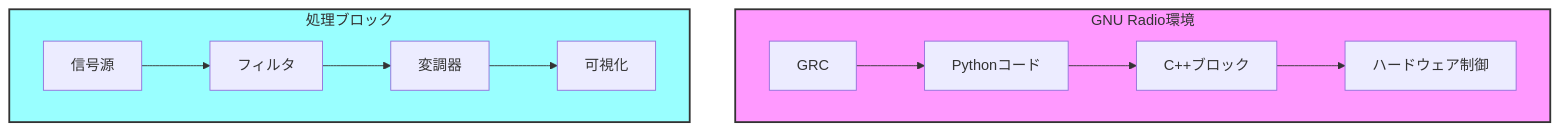
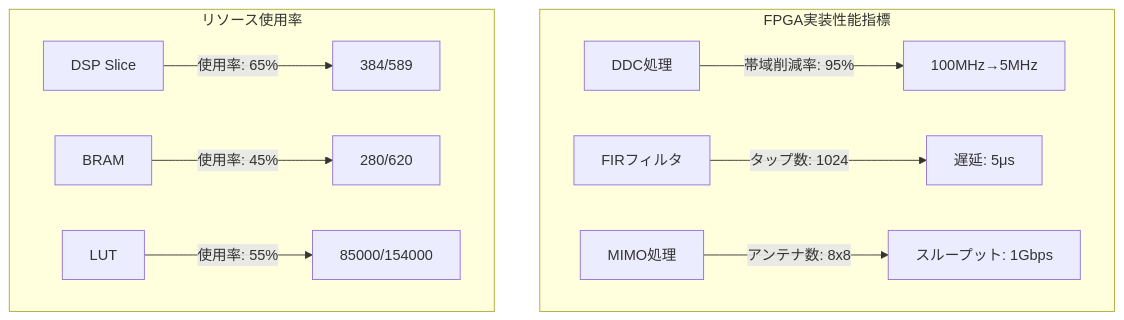
Diagram 17 of 22 in デジタル通信/readme.md (uecken/docs), drawn with Mermaid before and after one commit. The commit also changed other lines of this file, not shown here.

````diff
--- a/デジタル通信/readme.md
+++ b/デジタル通信/readme.md
@@ -664,17 +622,14 @@
 ```mermaid
 graph TD
-    subgraph GNU_Radio[GNU Radio環境]
-    A[GRC] --> B[Pythonコード]
-    B --> C[C++ブロック]
-    C --> D[ハードウェア制御]
+    subgraph FPGA実装性能指標
+    A[DDC処理] -->|帯域削減率: 95%| B[100MHz→5MHz]
+    C[FIRフィルタ] -->|タップ数: 1024| D[遅延: 5μs]
+    E[MIMO処理] -->|アンテナ数: 8x8| F[スループット: 1Gbps]
     end
     
-    subgraph Blocks[処理ブロック]
-    E[信号源] --> F[フィルタ]
-    F --> G[変調器]
-    G --> H[可視化]
+    subgraph リソース使用率
+    G[DSP Slice] -->|使用率: 65%| H[384/589]
+    I[BRAM] -->|使用率: 45%| J[280/620]
+    K[LUT] -->|使用率: 55%| L[85000/154000]
     end
-    
-    style GNU_Radio fill:#f9f,stroke:#333,stroke-width:2px
-    style Blocks fill:#9ff,stroke:#333,stroke-width:2px
 ```
````
